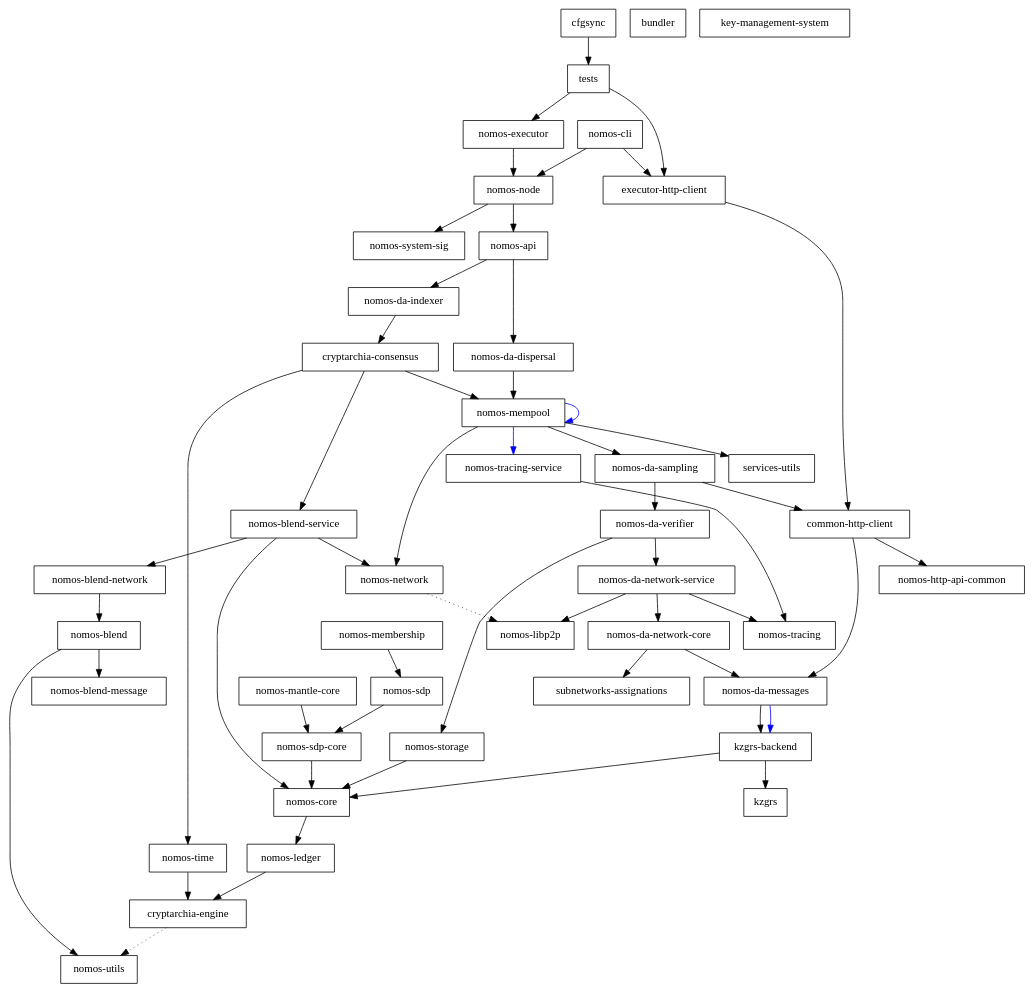
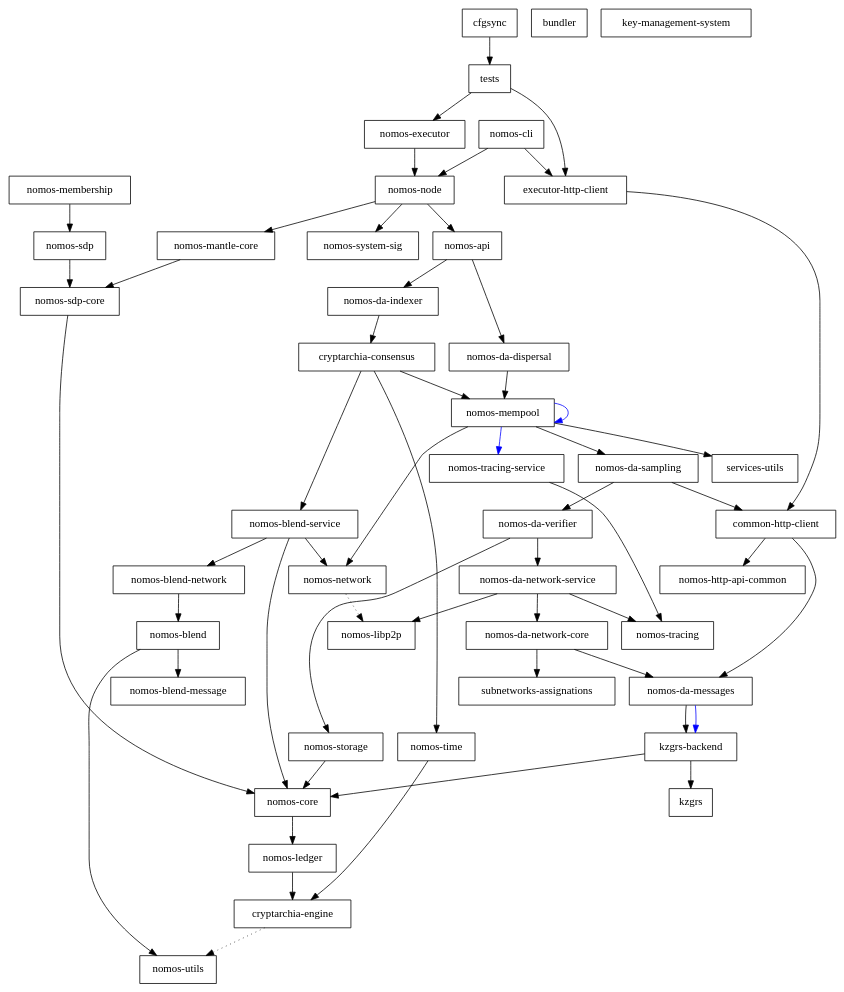
One commit to Astro521/logos-blockchain changed the diagram in dependencies_graph.dot. Above: the diagram before and after it, drawn with Graphviz.

Commit message:
Dep graph

```diff
--- a/dependencies_graph.dot
+++ b/dependencies_graph.dot
@@ -1,98 +1,99 @@
 digraph {
     0 [ label = "cryptarchia-engine" shape = box]
     1 [ label = "nomos-utils" shape = box]
     2 [ label = "nomos-ledger" shape = box]
     3 [ label = "nomos-http-api-common" shape = box]
     4 [ label = "nomos-executor" shape = box]
     5 [ label = "kzgrs-backend" shape = box]
     6 [ label = "kzgrs" shape = box]
     7 [ label = "nomos-core" shape = box]
     8 [ label = "nomos-api" shape = box]
     9 [ label = "cryptarchia-consensus" shape = box]
     10 [ label = "nomos-blend-service" shape = box]
     11 [ label = "nomos-blend" shape = box]
     12 [ label = "nomos-blend-message" shape = box]
     13 [ label = "nomos-blend-network" shape = box]
     14 [ label = "nomos-libp2p" shape = box]
     15 [ label = "nomos-network" shape = box]
     16 [ label = "nomos-da-sampling" shape = box]
     17 [ label = "common-http-client" shape = box]
     18 [ label = "nomos-da-messages" shape = box]
     19 [ label = "nomos-da-network-core" shape = box]
     20 [ label = "subnetworks-assignations" shape = box]
     21 [ label = "nomos-da-network-service" shape = box]
     22 [ label = "nomos-tracing" shape = box]
     23 [ label = "nomos-da-verifier" shape = box]
     24 [ label = "nomos-storage" shape = box]
     25 [ label = "nomos-mempool" shape = box]
     26 [ label = "services-utils" shape = box]
     27 [ label = "nomos-tracing-service" shape = box]
     28 [ label = "nomos-time" shape = box]
     29 [ label = "nomos-da-dispersal" shape = box]
     30 [ label = "nomos-da-indexer" shape = box]
-    31 [ label = "nomos-node" shape = box]
-    32 [ label = "nomos-system-sig" shape = box]
-    33 [ label = "executor-http-client" shape = box]
-    34 [ label = "bundler" shape = box]
-    35 [ label = "nomos-cli" shape = box]
-    36 [ label = "nomos-mantle-core" shape = box]
-    37 [ label = "nomos-sdp-core" shape = box]
+    31 [ label = "nomos-mantle-core" shape = box]
+    32 [ label = "nomos-sdp-core" shape = box]
+    33 [ label = "nomos-node" shape = box]
+    34 [ label = "nomos-system-sig" shape = box]
+    35 [ label = "executor-http-client" shape = box]
+    36 [ label = "bundler" shape = box]
+    37 [ label = "nomos-cli" shape = box]
     38 [ label = "key-management-system" shape = box]
     39 [ label = "nomos-membership" shape = box]
     40 [ label = "nomos-sdp" shape = box]
     41 [ label = "cfgsync" shape = box]
     42 [ label = "tests" shape = box]
     0 -> 1 [ style = dotted]
     2 -> 0 [ ]
-    4 -> 31 [ ]
+    4 -> 33 [ ]
     5 -> 6 [ ]
     5 -> 7 [ ]
     7 -> 2 [ ]
     8 -> 29 [ ]
     8 -> 30 [ ]
     9 -> 10 [ ]
     9 -> 25 [ ]
     9 -> 28 [ ]
     10 -> 13 [ ]
     10 -> 7 [ ]
     10 -> 15 [ ]
     11 -> 12 [ ]
     11 -> 1 [ ]
     13 -> 11 [ ]
     15 -> 14 [ style = dotted]
     16 -> 17 [ ]
     16 -> 23 [ ]
     17 -> 18 [ ]
     17 -> 3 [ ]
     18 -> 5 [ ]
     18 -> 5 [ color = blue]
     19 -> 18 [ ]
     19 -> 20 [ ]
     21 -> 19 [ ]
     21 -> 14 [ ]
     21 -> 22 [ ]
     23 -> 21 [ ]
     23 -> 24 [ ]
     24 -> 7 [ ]
     25 -> 16 [ ]
     25 -> 25 [ color = blue]
     25 -> 15 [ ]
     25 -> 27 [ color = blue]
     25 -> 26 [ ]
     27 -> 22 [ ]
     28 -> 0 [ ]
     29 -> 25 [ ]
     30 -> 9 [ ]
-    31 -> 8 [ ]
     31 -> 32 [ ]
-    33 -> 17 [ ]
-    35 -> 33 [ ]
-    35 -> 31 [ ]
-    36 -> 37 [ ]
-    37 -> 7 [ ]
+    32 -> 7 [ ]
+    33 -> 8 [ ]
+    33 -> 31 [ ]
+    33 -> 34 [ ]
+    35 -> 17 [ ]
+    37 -> 35 [ ]
+    37 -> 33 [ ]
     39 -> 40 [ ]
-    40 -> 37 [ ]
+    40 -> 32 [ ]
     41 -> 42 [ ]
-    42 -> 33 [ ]
+    42 -> 35 [ ]
     42 -> 4 [ ]
 }
```
